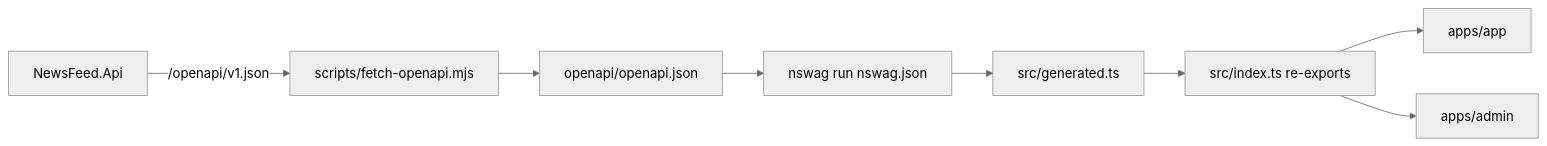
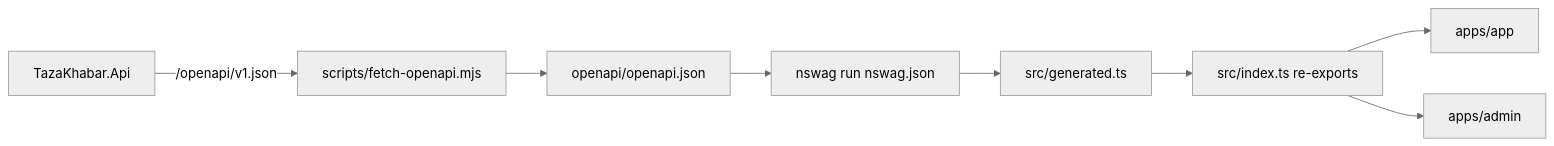
One commit to sshivanshg/TAZAkhabar changed the diagram in docs/architecture/07-shared-types.md. Above: the diagram before and after it, drawn with Mermaid (neutral theme). The commit also changed other lines of this file and 108 other files, not shown here.

Commit message:
Rename project and configuration from NewsFeed to TazaKhabar

````diff
--- a/docs/architecture/07-shared-types.md
+++ b/docs/architecture/07-shared-types.md
@@ -17,10 +17,10 @@
 ```mermaid
 flowchart LR
-  API[NewsFeed.Api] -->|/openapi/v1.json| Fetch[scripts/fetch-openapi.mjs]
+  API[TazaKhabar.Api] -->|/openapi/v1.json| Fetch[scripts/fetch-openapi.mjs]
   Fetch --> Snap[openapi/openapi.json]
   Snap --> NSwag[nswag run nswag.json]
   NSwag --> Gen[src/generated.ts]
   Gen --> Index[src/index.ts re-exports]
   Index --> App[apps/app]
   Index --> Admin[apps/admin]
 ```
````
